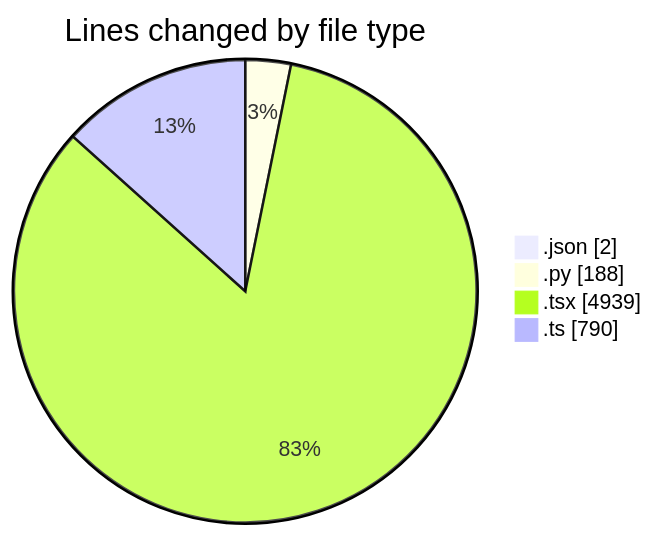
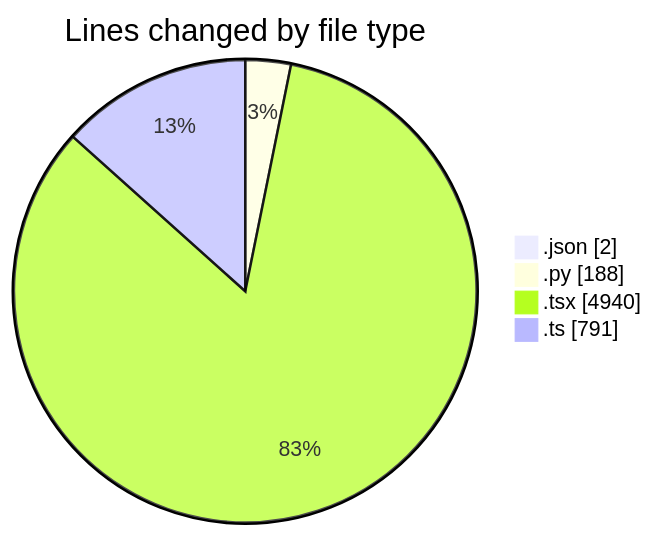
The first of 2 diagrams in 2025-10-06/eventscop-frontend-guide__workspace_/README.md (julien-gomy/code-tracking), drawn with Mermaid before and after one commit. The commit also changed other lines of this file and 1 other file, not shown here.

````diff
--- a/2025-10-06/eventscop-frontend-guide__workspace_/README.md
+++ b/2025-10-06/eventscop-frontend-guide__workspace_/README.md
@@ -56,8 +56,8 @@
 ```mermaid
 pie showData
 title Lines changed by file type
 ".json" : 2
 ".py" : 188
-".tsx" : 4939
-".ts" : 790
+".tsx" : 4940
+".ts" : 791
 ```
````
